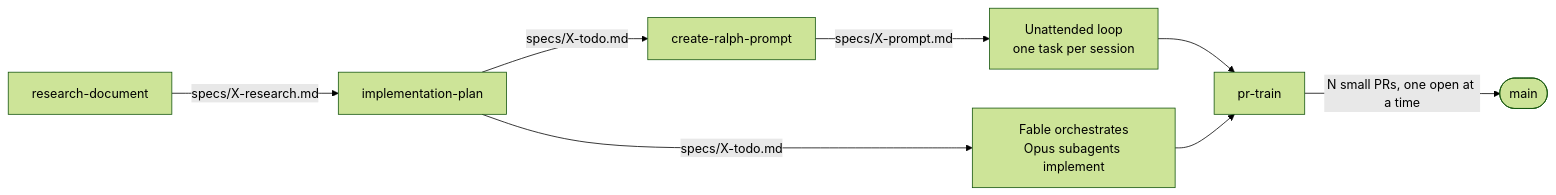
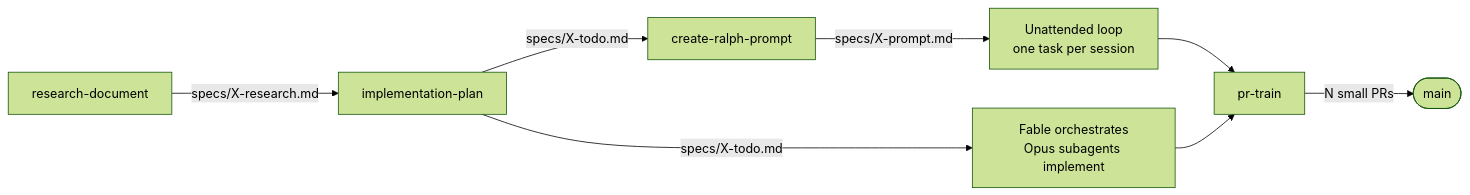
One commit to agent-pasha/dev-workflow-skills changed the diagram in README.md. Above: the diagram before and after it, drawn with Mermaid (forest theme). The commit also changed other lines of this file and 1 other file, not shown here.

Commit message:
README: drop workflow-specific label from diagram; call out native GitHub stacked PRs via gh stack

````diff
--- a/README.md
+++ b/README.md
@@ -13,10 +13,10 @@
 ```mermaid
 flowchart LR
     R[research-document] -->|specs/X-research.md| P[implementation-plan]
     P -->|specs/X-todo.md| C[create-ralph-prompt]
     C -->|specs/X-prompt.md| L[Unattended loop<br/>one task per session]
     P -->|specs/X-todo.md| O[Fable orchestrates<br/>Opus subagents implement]
     L --> T[pr-train]
     O --> T
-    T -->|N small PRs, one open at a time| M([main])
+    T -->|N small PRs| M([main])
 ```
````
